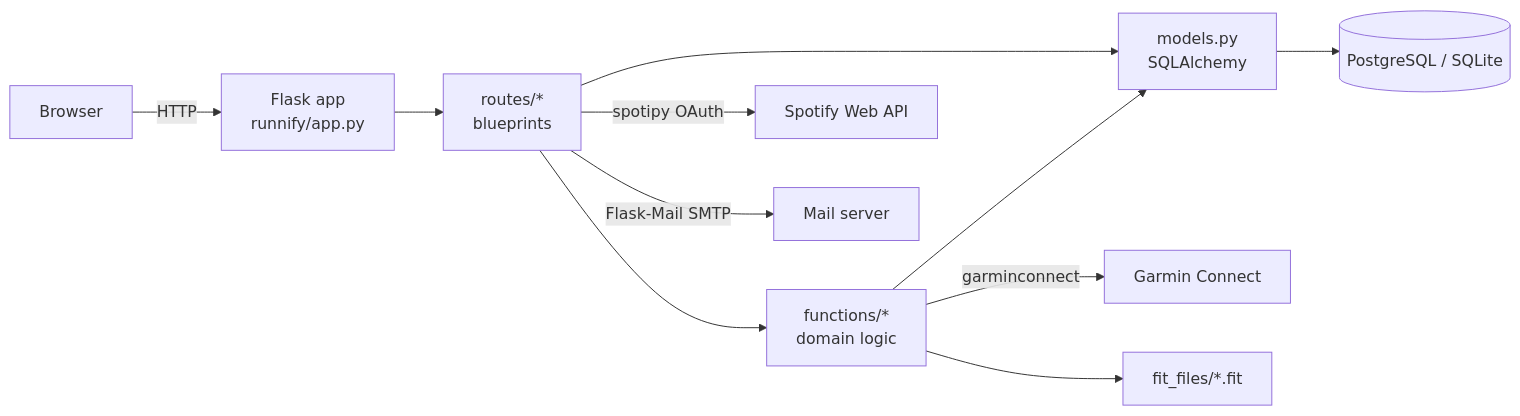
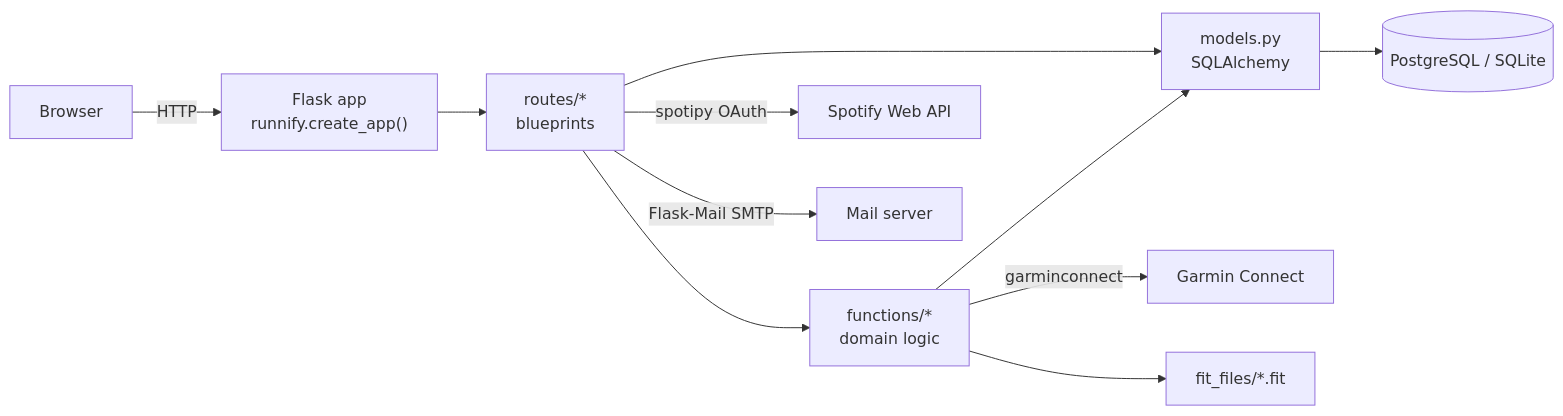
The first of 2 diagrams in docs/architecture.md (ColmAli-7/Runnify), drawn with Mermaid before and after one commit. The commit also changed other lines of this file and 19 other files, not shown here.

````diff
--- a/docs/architecture.md
+++ b/docs/architecture.md
@@ -8,13 +8,13 @@
 ```mermaid
 flowchart LR
-    Browser -->|HTTP| Flask["Flask app<br/>runnify/app.py"]
+    Browser -->|HTTP| Flask["Flask app<br/>runnify.create_app()"]
     Flask --> Routes["routes/*<br/>blueprints"]
     Routes --> Functions["functions/*<br/>domain logic"]
     Routes --> Models["models.py<br/>SQLAlchemy"]
     Functions --> Models
     Models --> DB[("PostgreSQL / SQLite")]
     Functions -->|garminconnect| Garmin["Garmin Connect"]
     Functions --> FIT["fit_files/*.fit"]
     Routes -->|spotipy OAuth| Spotify["Spotify Web API"]
     Routes -->|Flask-Mail SMTP| Mail["Mail server"]
 ```
````
